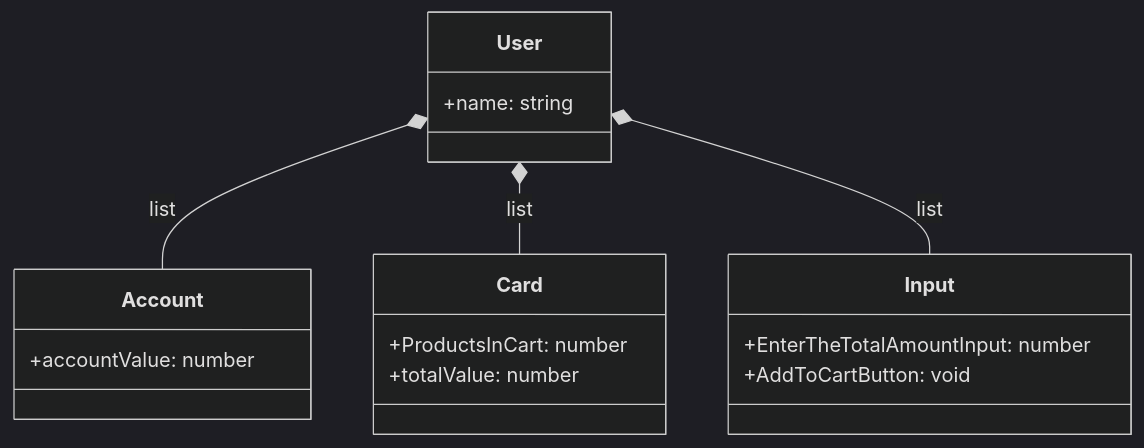
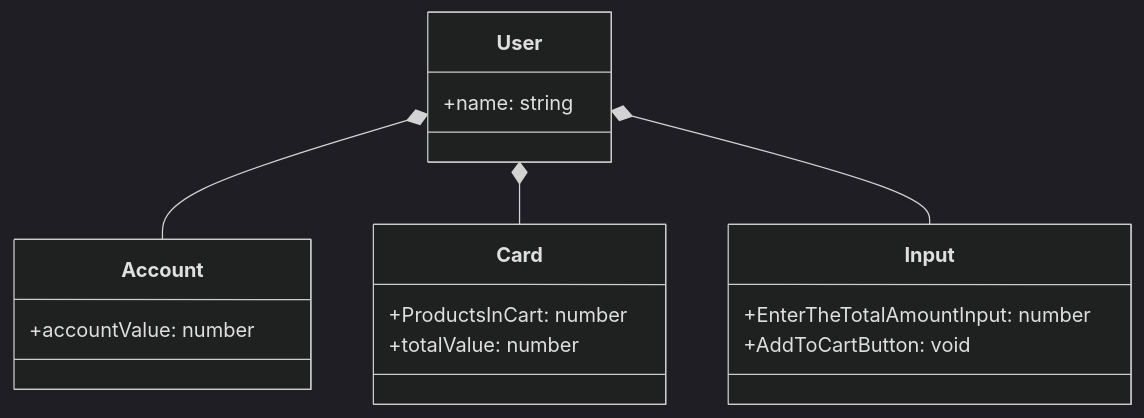
The diagram in README.md (leoIribarne/API_java_17), drawn with Mermaid (dark theme) before and after one commit.

````diff
--- a/README.md
+++ b/README.md
@@ -3,24 +3,24 @@
 ```mermaid
 classDiagram
     class User {
         +name: string
     }
     class Account {
         +accountValue: number
     }
     class Card {
         +ProductsInCart: number
         +totalValue: number
     }
     class Input {
         +EnterTheTotalAmountInput: number
         +AddToCartButton: void
     }
 
-    User *-- Account : list
-    User *-- Card : list
-    User *-- Input : list
+    User *-- Account 
+    User *-- Card 
+    User *-- Input 
 
  
 
 ```
````
